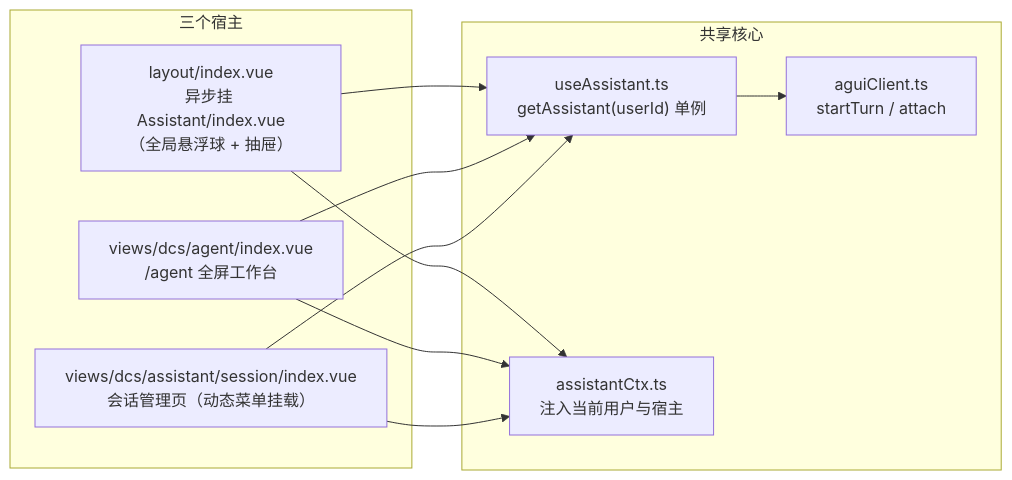
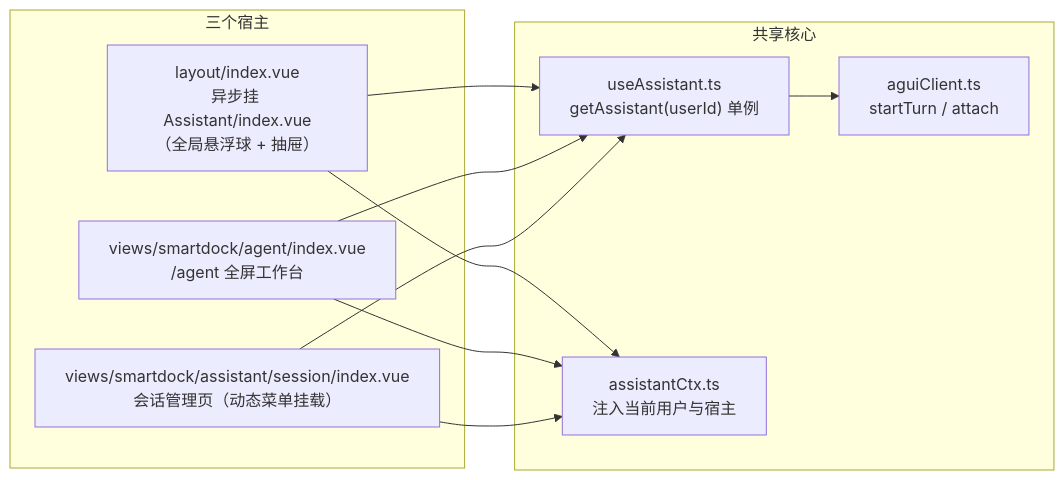
One commit to ck-ys/SmartDock changed the sixth of 9 diagrams in docs/frontend-architecture.md. Above: the diagram before and after it, drawn with Mermaid. The commit also changed other lines of this file and 24 other files, not shown here.

````diff
--- a/docs/frontend-architecture.md
+++ b/docs/frontend-architecture.md
@@ -467,20 +467,20 @@
 ```mermaid
 flowchart LR
   subgraph HOST["三个宿主"]
     H1["layout/index.vue<br/>异步挂 Assistant/index.vue<br/>（全局悬浮球 + 抽屉）"]
-    H2["views/dcs/agent/index.vue<br/>/agent 全屏工作台"]
-    H3["views/dcs/assistant/session/index.vue<br/>会话管理页（动态菜单挂载）"]
+    H2["views/smartdock/agent/index.vue<br/>/agent 全屏工作台"]
+    H3["views/smartdock/assistant/session/index.vue<br/>会话管理页（动态菜单挂载）"]
   end
   subgraph CORE["共享核心"]
     U["useAssistant.ts<br/>getAssistant(userId) 单例"]
     C["aguiClient.ts<br/>startTurn / attach"]
     S["assistantCtx.ts<br/>注入当前用户与宿主"]
   end
   H1 --> U
   H2 --> U
   H3 --> U
   U --> C
   H1 --> S
   H2 --> S
   H3 --> S
 ```
````
